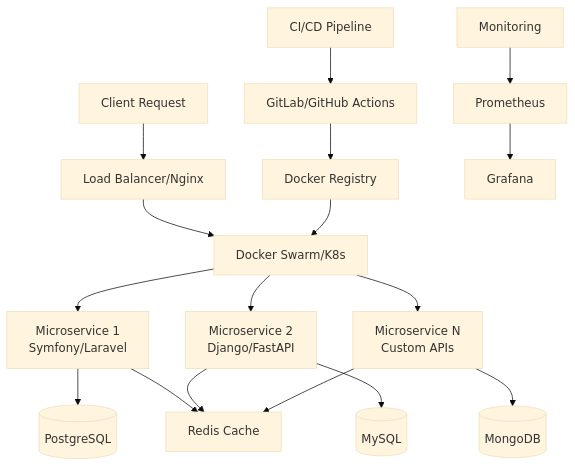
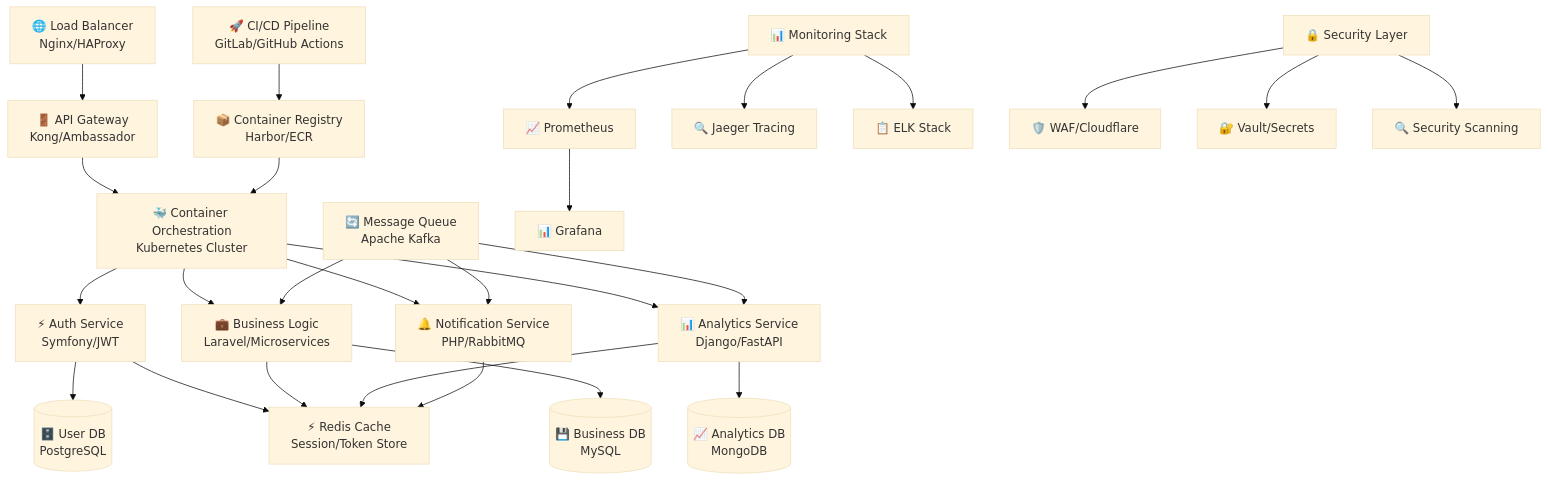
Before and after one commit to fetchAlp/fetchAlp: the diagram in README.md, drawn with Mermaid (base theme). The commit also changed other lines of this file, not shown here.

````diff
--- a/README.md
+++ b/README.md
@@ -80,23 +158,35 @@
 ```mermaid
 graph TB
-    A[Client Request] --> B[Load Balancer/Nginx]
-    B --> C[Docker Swarm/K8s]
-    C --> D[Microservice 1<br/>Symfony/Laravel]
-    C --> E[Microservice 2<br/>Django/FastAPI]
-    C --> F[Microservice N<br/>Custom APIs]
+    A[🌐 Load Balancer<br/>Nginx/HAProxy] --> B[🚪 API Gateway<br/>Kong/Ambassador]
+    B --> C[🐳 Container Orchestration<br/>Kubernetes Cluster]
     
-    D --> G[(PostgreSQL)]
-    E --> H[(MySQL)]
-    F --> I[(MongoDB)]
+    C --> D[⚡ Auth Service<br/>Symfony/JWT]
+    C --> E[💼 Business Logic<br/>Laravel/Microservices]
+    C --> F[📊 Analytics Service<br/>Django/FastAPI]
+    C --> G[🔔 Notification Service<br/>PHP/RabbitMQ]
     
-    D --> J[Redis Cache]
-    E --> J
-    F --> J
+    D --> H[(🗄️ User DB<br/>PostgreSQL)]
+    E --> I[(💾 Business DB<br/>MySQL)]
+    F --> J[(📈 Analytics DB<br/>MongoDB)]
     
-    K[CI/CD Pipeline] --> L[GitLab/GitHub Actions]
-    L --> M[Docker Registry]
-    M --> C
+    D --> K[⚡ Redis Cache<br/>Session/Token Store]
+    E --> K
+    F --> K
+    G --> K
     
-    N[Monitoring] --> O[Prometheus]
-    O --> P[Grafana]
+    L[🔄 Message Queue<br/>Apache Kafka] --> E
+    L --> F
+    L --> G
+    
+    M[🚀 CI/CD Pipeline<br/>GitLab/GitHub Actions] --> N[📦 Container Registry<br/>Harbor/ECR]
+    N --> C
+    
+    O[📊 Monitoring Stack] --> P[📈 Prometheus]
+    P --> Q[📊 Grafana]
+    O --> R[🔍 Jaeger Tracing]
+    O --> S[📋 ELK Stack]
+    
+    T[🔒 Security Layer] --> U[🛡️ WAF/Cloudflare]
+    T --> V[🔐 Vault/Secrets]
+    T --> W[🔍 Security Scanning]
 ```
````
